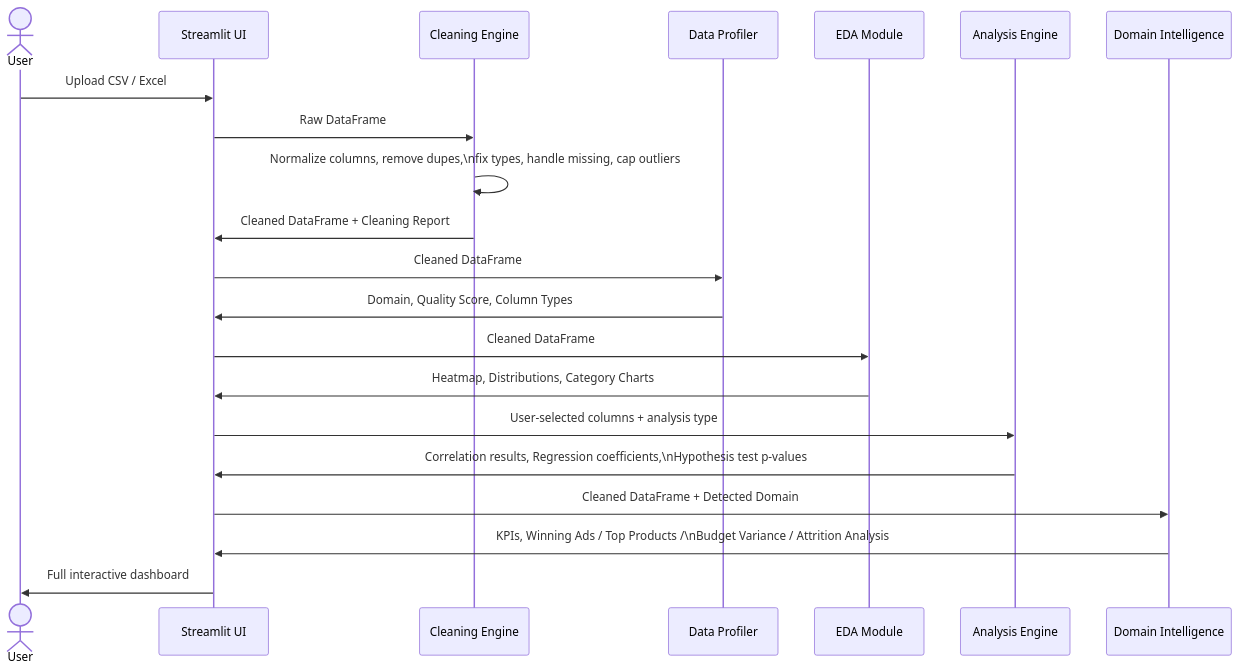
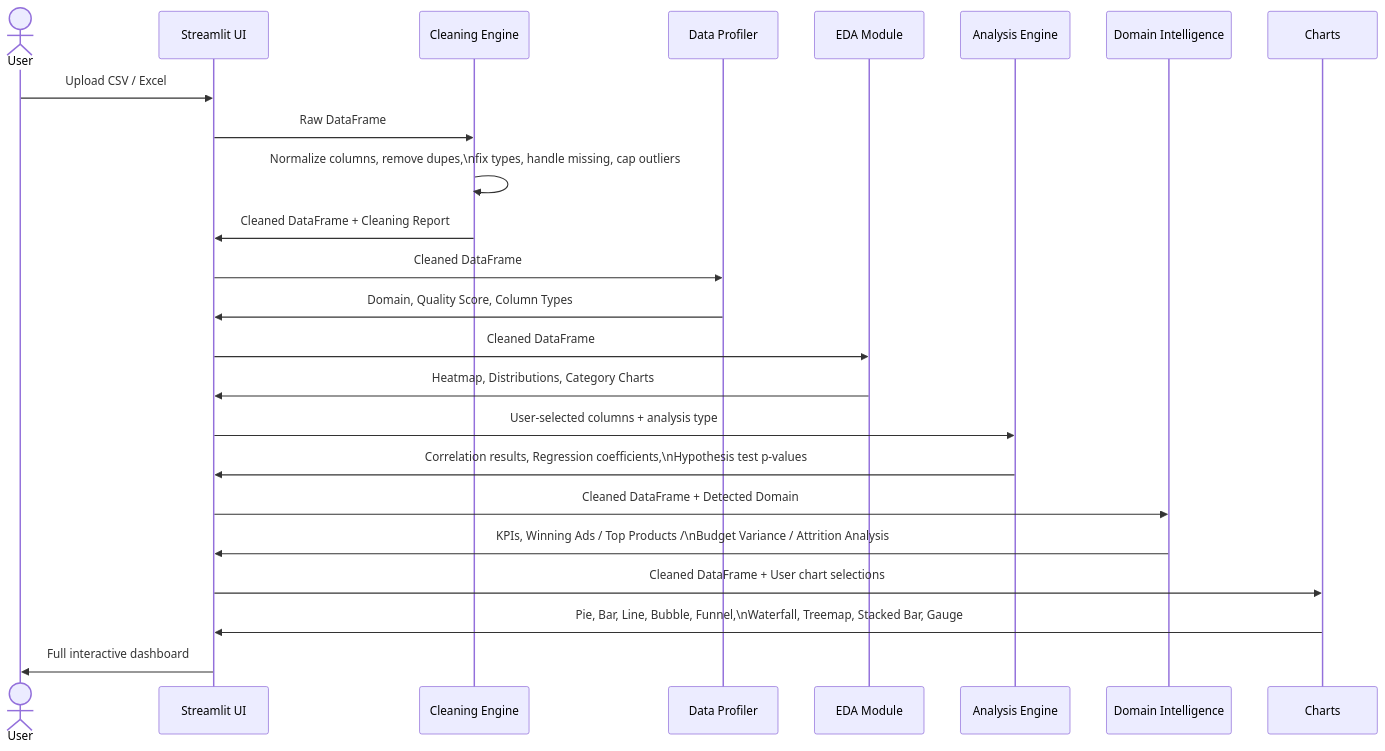
The second of 3 diagrams in README.md (salehmdasif/streamlit_datapulse), drawn with Mermaid before and after one commit. The commit also changed other lines of this file, not shown here.

First line of the commit message:
docs: update README for 6-step pipeline and new Analytics Charts

````diff
--- a/README.md
+++ b/README.md
@@ -113,24 +119,26 @@
 ```mermaid
 sequenceDiagram
     actor User
     participant UI as Streamlit UI
     participant Cleaner as Cleaning Engine
     participant Profiler as Data Profiler
     participant EDA as EDA Module
     participant Analyzer as Analysis Engine
     participant Domain as Domain Intelligence
 
     User->>UI: Upload CSV / Excel
     UI->>Cleaner: Raw DataFrame
     Cleaner->>Cleaner: Normalize columns, remove dupes,\nfix types, handle missing, cap outliers
     Cleaner->>UI: Cleaned DataFrame + Cleaning Report
     UI->>Profiler: Cleaned DataFrame
     Profiler->>UI: Domain, Quality Score, Column Types
     UI->>EDA: Cleaned DataFrame
     EDA->>UI: Heatmap, Distributions, Category Charts
     UI->>Analyzer: User-selected columns + analysis type
     Analyzer->>UI: Correlation results, Regression coefficients,\nHypothesis test p-values
     UI->>Domain: Cleaned DataFrame + Detected Domain
     Domain->>UI: KPIs, Winning Ads / Top Products /\nBudget Variance / Attrition Analysis
+    UI->>Charts: Cleaned DataFrame + User chart selections
+    Charts->>UI: Pie, Bar, Line, Bubble, Funnel,\nWaterfall, Treemap, Stacked Bar, Gauge
     UI->>User: Full interactive dashboard
 ```
````
